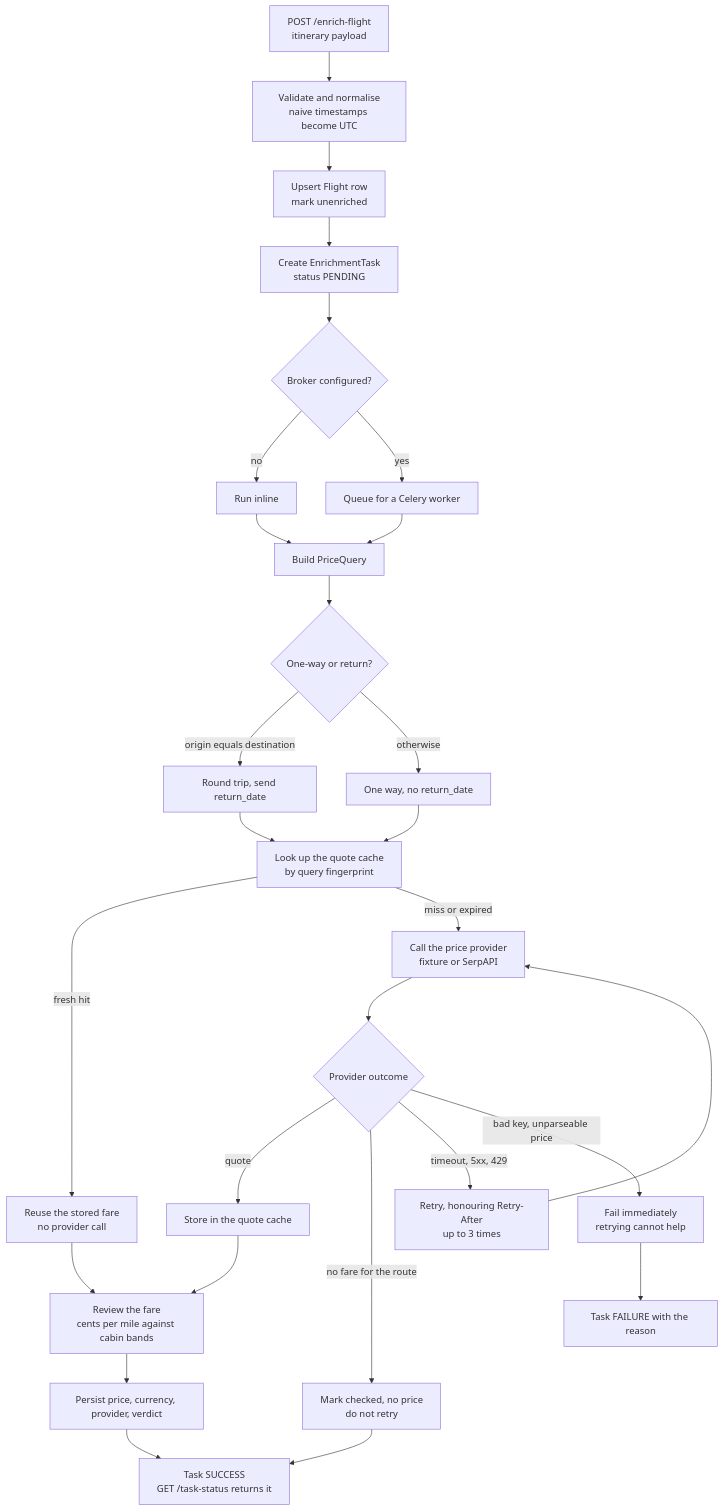
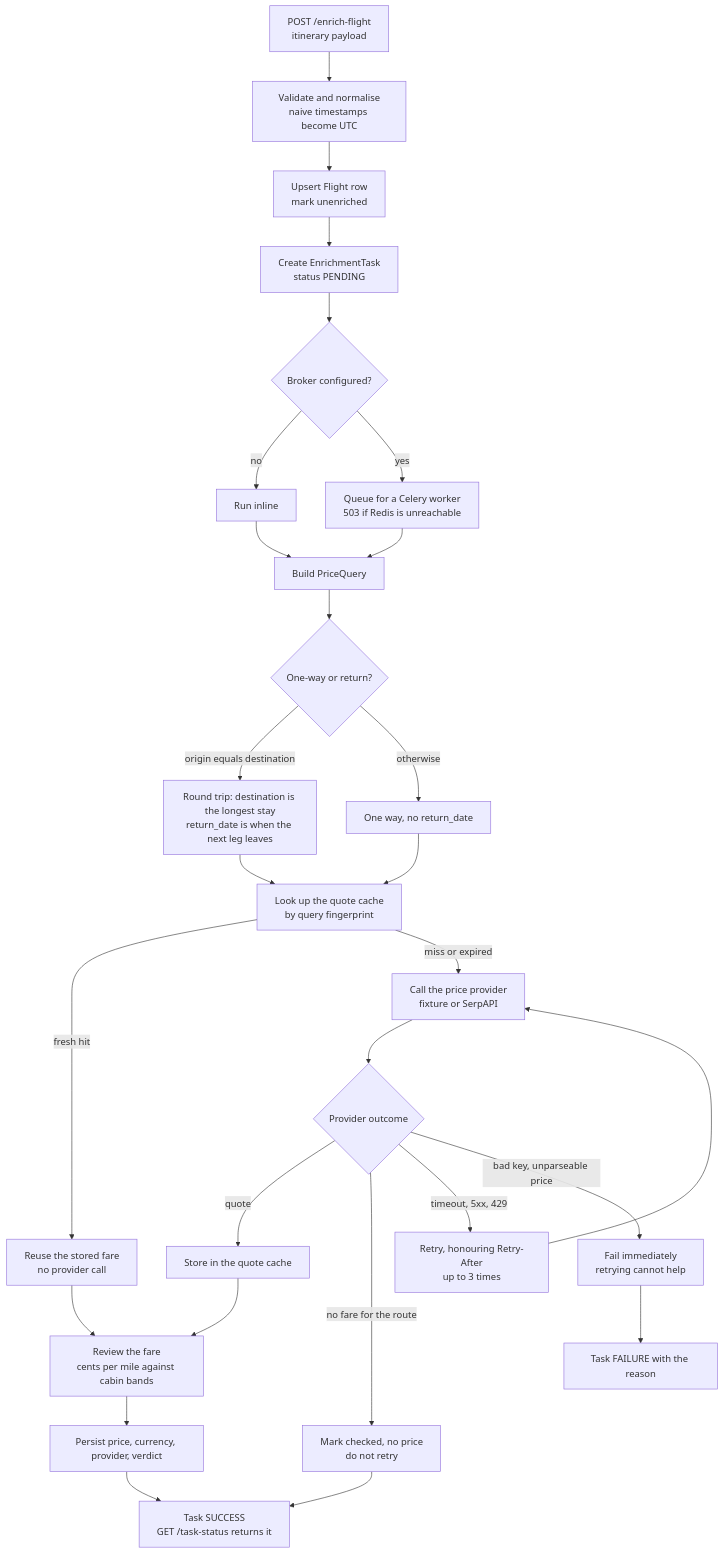
Before and after one commit to dev-mnadeem/flight-retail-enrichment-api: the first of 2 diagrams in README.md, drawn with Mermaid. The commit also changed other lines of this file and 7 other files, not shown here.

First line of the commit message:
Document the Compose path, round-trip pricing and captured responses

````diff
--- a/README.md
+++ b/README.md
@@ -75,34 +99,34 @@
 ```mermaid
 flowchart TD
     A["POST /enrich-flight<br/>itinerary payload"] --> B["Validate and normalise<br/>naive timestamps become UTC"]
     B --> C["Upsert Flight row<br/>mark unenriched"]
     C --> D["Create EnrichmentTask<br/>status PENDING"]
     D --> E{"Broker configured?"}
     E -->|"no"| F["Run inline"]
-    E -->|"yes"| G["Queue for a Celery worker"]
+    E -->|"yes"| G["Queue for a Celery worker<br/>503 if Redis is unreachable"]
     F --> H["Build PriceQuery"]
     G --> H
 
     H --> I{"One-way or return?"}
-    I -->|"origin equals destination"| J["Round trip, send return_date"]
+    I -->|"origin equals destination"| J["Round trip: destination is the longest stay<br/>return_date is when the next leg leaves"]
     I -->|"otherwise"| K["One way, no return_date"]
     J --> L["Look up the quote cache<br/>by query fingerprint"]
     K --> L
 
     L -->|"fresh hit"| M["Reuse the stored fare<br/>no provider call"]
     L -->|"miss or expired"| N["Call the price provider<br/>fixture or SerpAPI"]
 
     N --> O{"Provider outcome"}
     O -->|"quote"| P["Store in the quote cache"]
     O -->|"no fare for the route"| Q["Mark checked, no price<br/>do not retry"]
     O -->|"timeout, 5xx, 429"| R["Retry, honouring Retry-After<br/>up to 3 times"]
     O -->|"bad key, unparseable price"| S["Fail immediately<br/>retrying cannot help"]
 
     P --> T
     M --> T["Review the fare<br/>cents per mile against cabin bands"]
     T --> U["Persist price, currency, provider, verdict"]
     U --> V["Task SUCCESS<br/>GET /task-status returns it"]
     Q --> V
     R --> N
     S --> W["Task FAILURE with the reason"]
 ```
````
